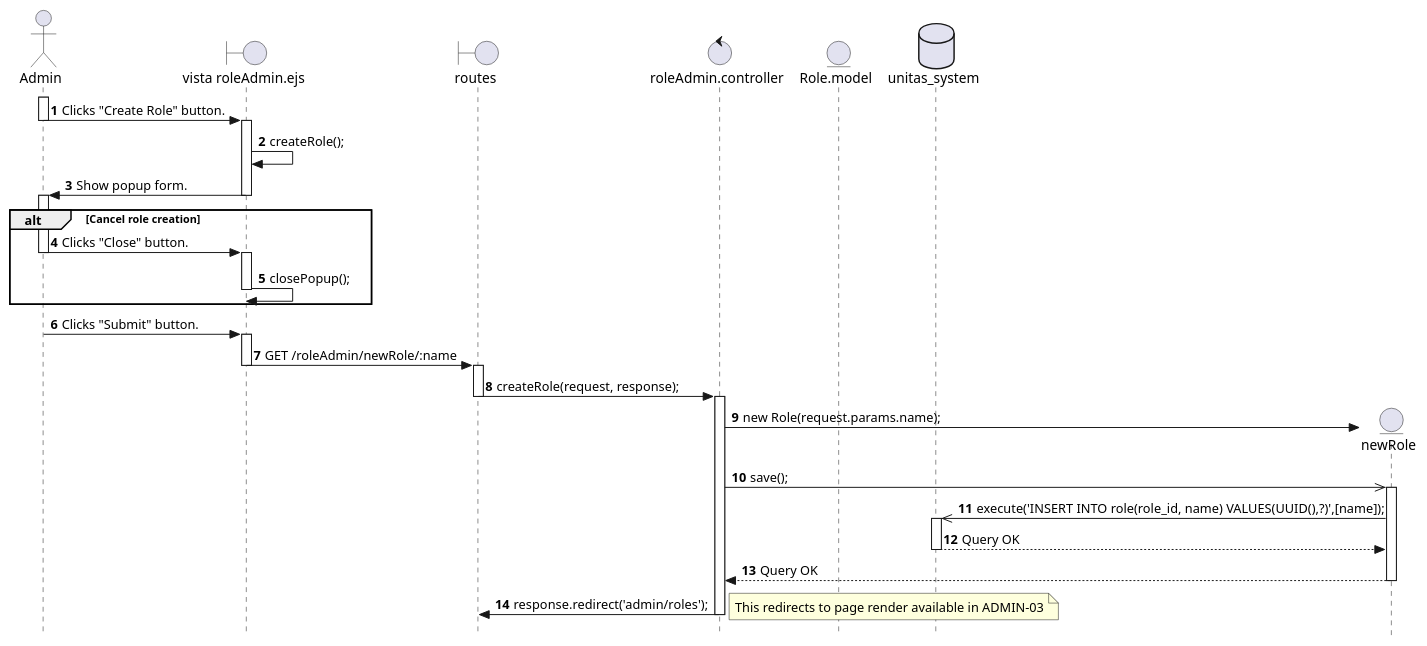
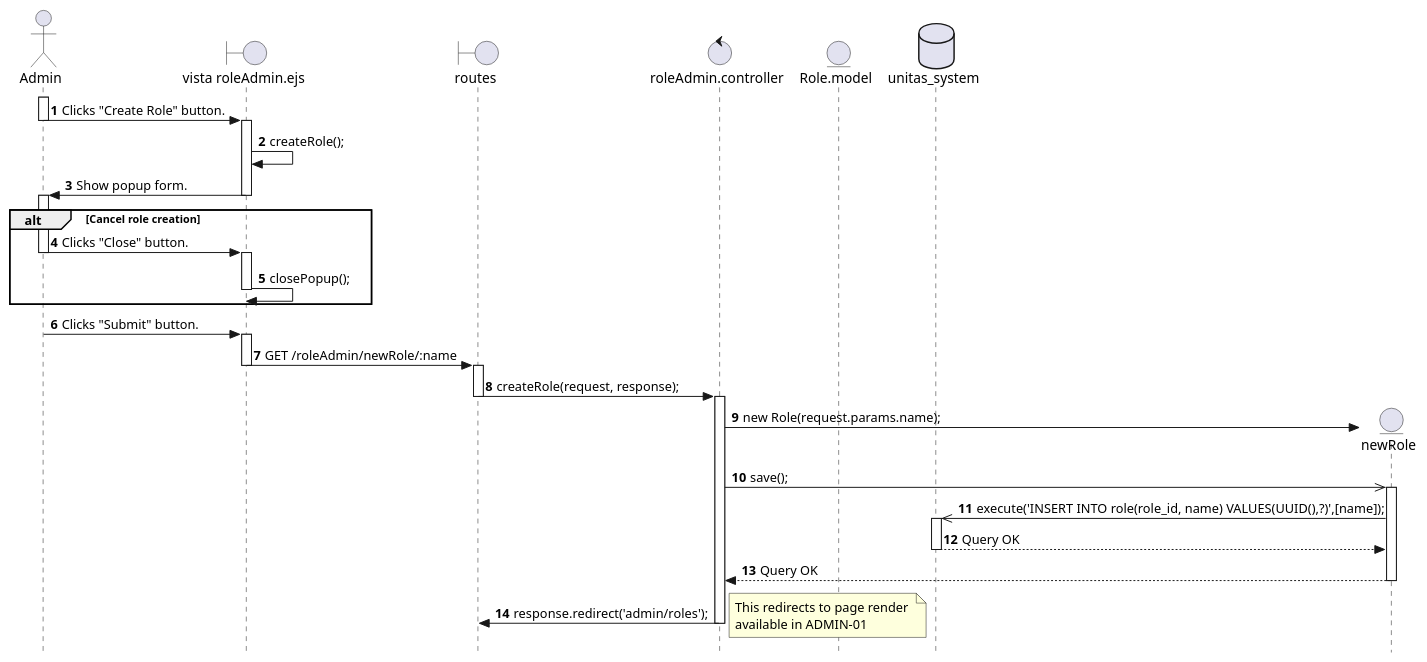
The diagram in documentation/sequence_diagrams/ADMIN-02-SD.puml (Berthou05/LimboSoftwareDevelopment_Change.org), drawn with PlantUML before and after one commit. The commit also changed 5 other files, not shown here.

```diff
--- a/documentation/sequence_diagrams/ADMIN-02-SD.puml
+++ b/documentation/sequence_diagrams/ADMIN-02-SD.puml
@@ -1,55 +1,56 @@
 @startuml
 skinparam style strictuml
 
 actor Admin as A   
 boundary "vista roleAdmin.ejs" as V
 boundary "routes" as RO
 control "roleAdmin.controller" as C
 entity "Role.model" as R
 database "unitas_system" as BD
 autonumber
 
 activate A
 A -> V: Clicks "Create Role" button.
 deactivate A
     activate V
     V->V:createRole();
     V -> A: Show popup form.
     deactivate V
 
 alt Cancel role creation
 activate A
 A->V: Clicks "Close" button.
 deactivate A
     activate V
     V->V:closePopup();
     deactivate V
 end
 
 activate A
 A->V: Clicks "Submit" button.
 deactivate A
     activate V
     V->RO: GET /roleAdmin/newRole/:name
     deactivate V
         activate RO
         RO -> C: createRole(request, response);
         deactivate RO
             activate C
             create entity newRole as Role
             C->Role**:new Role(request.params.name);
             C->>Role: save();
                 activate Role
                 Role->>BD: execute('INSERT INTO role(role_id, name) VALUES(UUID(),?)',[name]);
                     activate BD
                     BD-->Role: Query OK
                     deactivate BD
                 Role-->C: Query OK
                 deactivate Role
             C->RO:response.redirect('admin/roles');
             deactivate C
             note right
-            This redirects to page render available in ADMIN-03
+            This redirects to page render 
+            available in ADMIN-01
             end note
             
 @enduml
```
